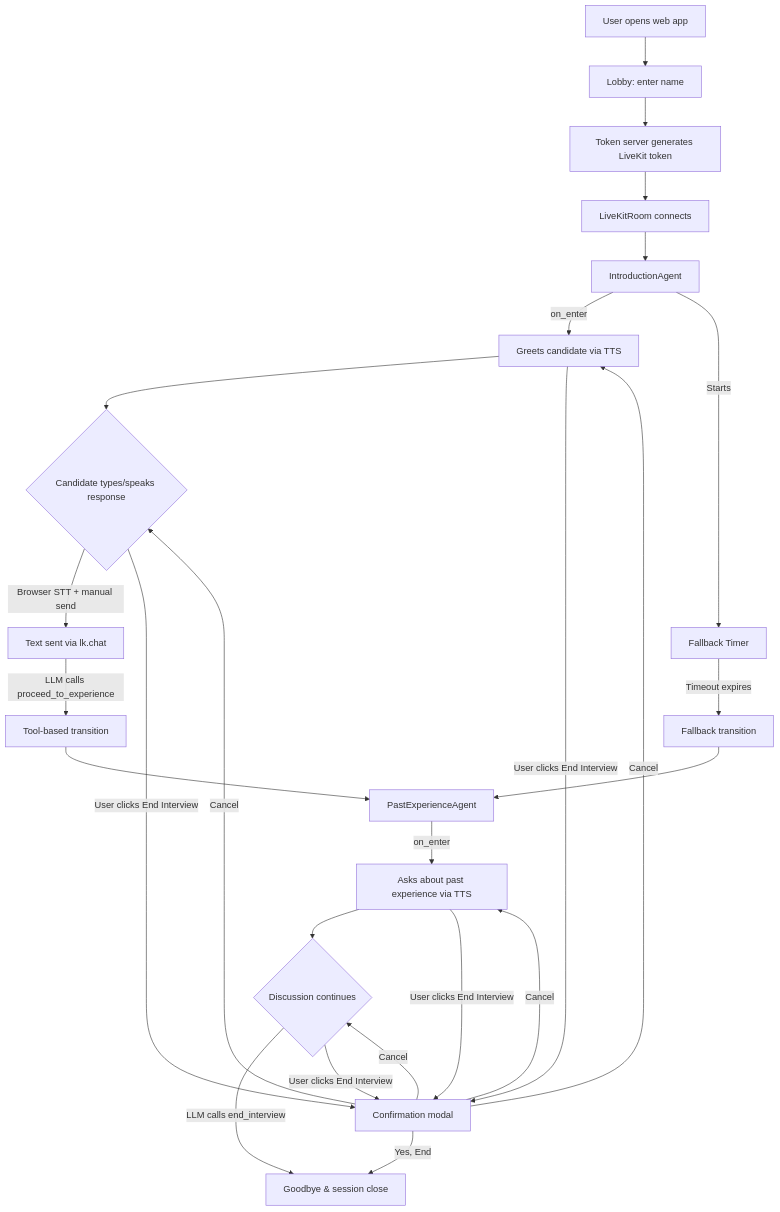
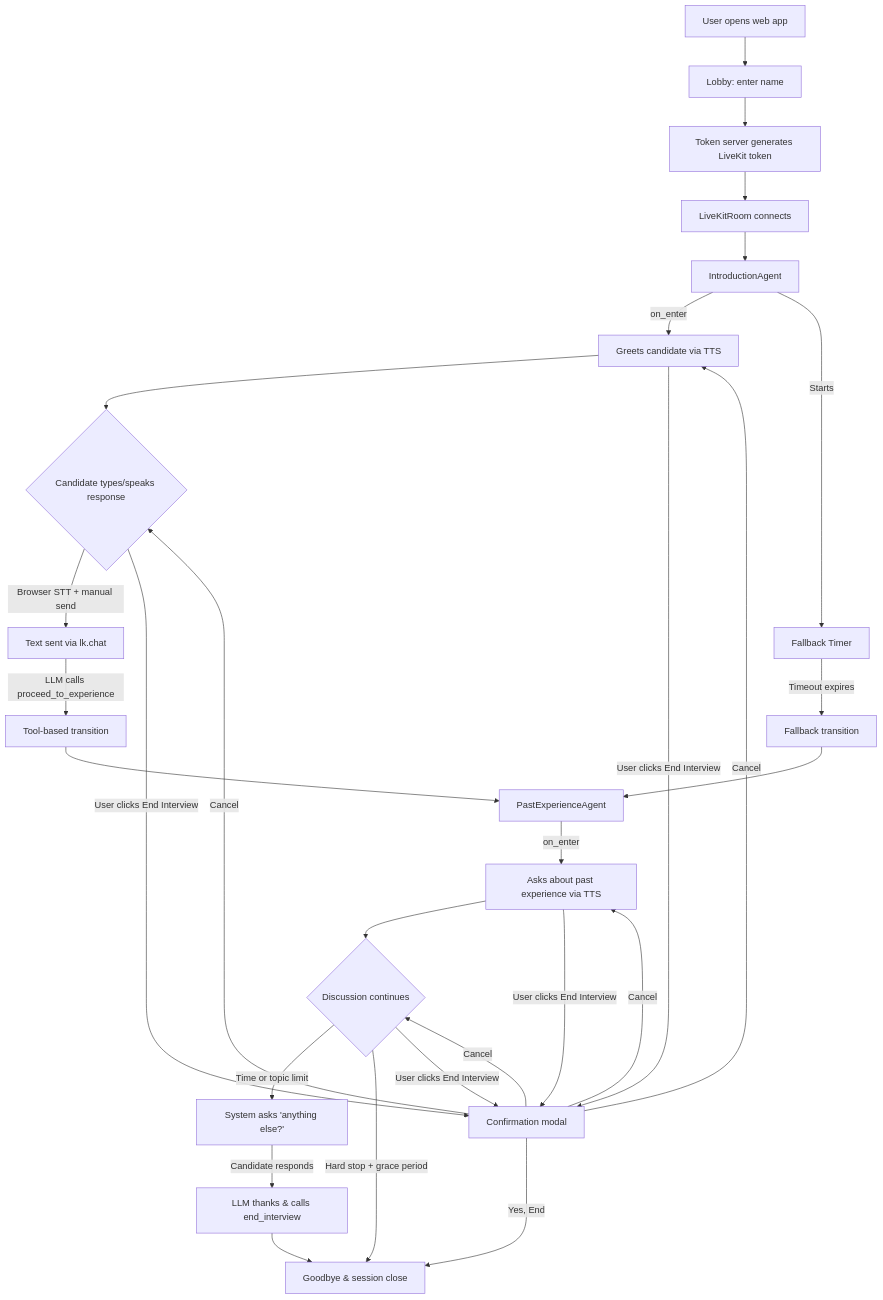
One commit to anhtranst/moc_interview_demo changed the first of 3 diagrams in README.md. Above: the diagram before and after it, drawn with Mermaid. The commit also changed other lines of this file and 7 other files, not shown here.

````diff
--- a/README.md
+++ b/README.md
@@ -24,28 +24,31 @@
 ```mermaid
 flowchart TD
     A[User opens web app] --> B[Lobby: enter name]
     B --> C[Token server generates LiveKit token]
     C --> D[LiveKitRoom connects]
     D --> E[IntroductionAgent]
     E -->|on_enter| F[Greets candidate via TTS]
     E -->|Starts| G[Fallback Timer]
     F --> H{Candidate types/speaks response}
     H -->|Browser STT + manual send| I[Text sent via lk.chat]
     I -->|LLM calls proceed_to_experience| J[Tool-based transition]
     G -->|Timeout expires| K[Fallback transition]
     J --> L[PastExperienceAgent]
     K --> L
     L -->|on_enter| M[Asks about past experience via TTS]
     M --> N{Discussion continues}
-    N -->|LLM calls end_interview| O[Goodbye & session close]
+    N -->|Time or topic limit| Q[System asks 'anything else?']
+    Q -->|Candidate responds| R[LLM thanks & calls end_interview]
+    R --> O[Goodbye & session close]
+    N -->|Hard stop + grace period| O
 
     F -->|User clicks End Interview| P[Confirmation modal]
     H -->|User clicks End Interview| P
     M -->|User clicks End Interview| P
     N -->|User clicks End Interview| P
     P -->|Cancel| F
     P -->|Cancel| H
     P -->|Cancel| M
     P -->|Cancel| N
     P -->|Yes, End| O
 ```
````
